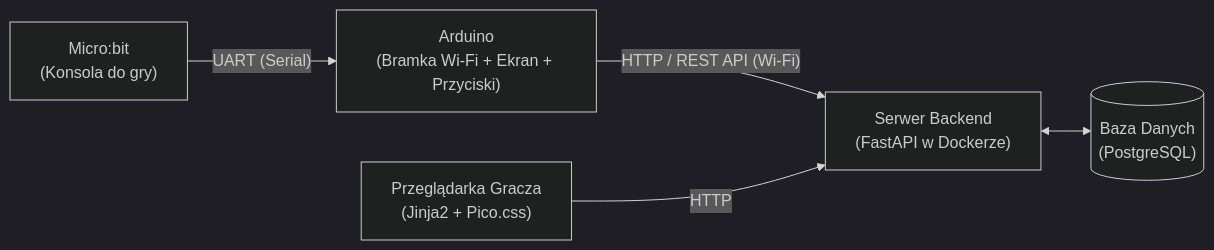
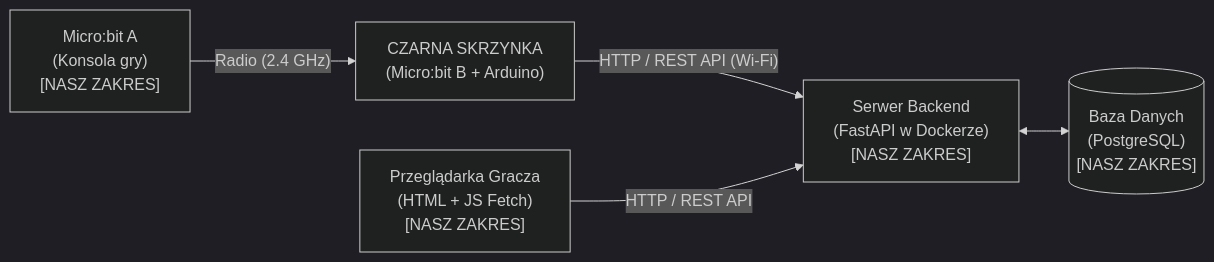
Before and after one commit to patryksew/jipp-5-sem: the diagram in README.md, drawn with Mermaid (dark theme). The commit also changed other lines of this file, not shown here.

````diff
--- a/README.md
+++ b/README.md
@@ -12,7 +11,7 @@
 ```mermaid
 flowchart LR
-    MB["Micro:bit\n(Konsola do gry)"] -- "UART (Serial)" --> ARD["Arduino\n(Bramka Wi-Fi + Ekran + Przyciski)"]
-    ARD -- "HTTP / REST API (Wi-Fi)" --> API["Serwer Backend\n(FastAPI w Dockerze)"]
-    API <--> DB[("Baza Danych\n(PostgreSQL)")]
-    WEB["Przeglądarka Gracza\n(Jinja2 + Pico.css)"] -- "HTTP" --> API
+    MBA["Micro:bit A\n(Konsola gry)\n[NASZ ZAKRES]"] -- "Radio (2.4 GHz)" --> BB["CZARNA SKRZYNKA\n(Micro:bit B + Arduino)"]
+    BB -- "HTTP / REST API (Wi-Fi)" --> API["Serwer Backend\n(FastAPI w Dockerze)\n[NASZ ZAKRES]"]
+    API <--> DB[("Baza Danych\n(PostgreSQL)\n[NASZ ZAKRES]")]
+    WEB["Przeglądarka Gracza\n(HTML + JS Fetch)\n[NASZ ZAKRES]"] -- "HTTP / REST API" --> API
 ```
````
